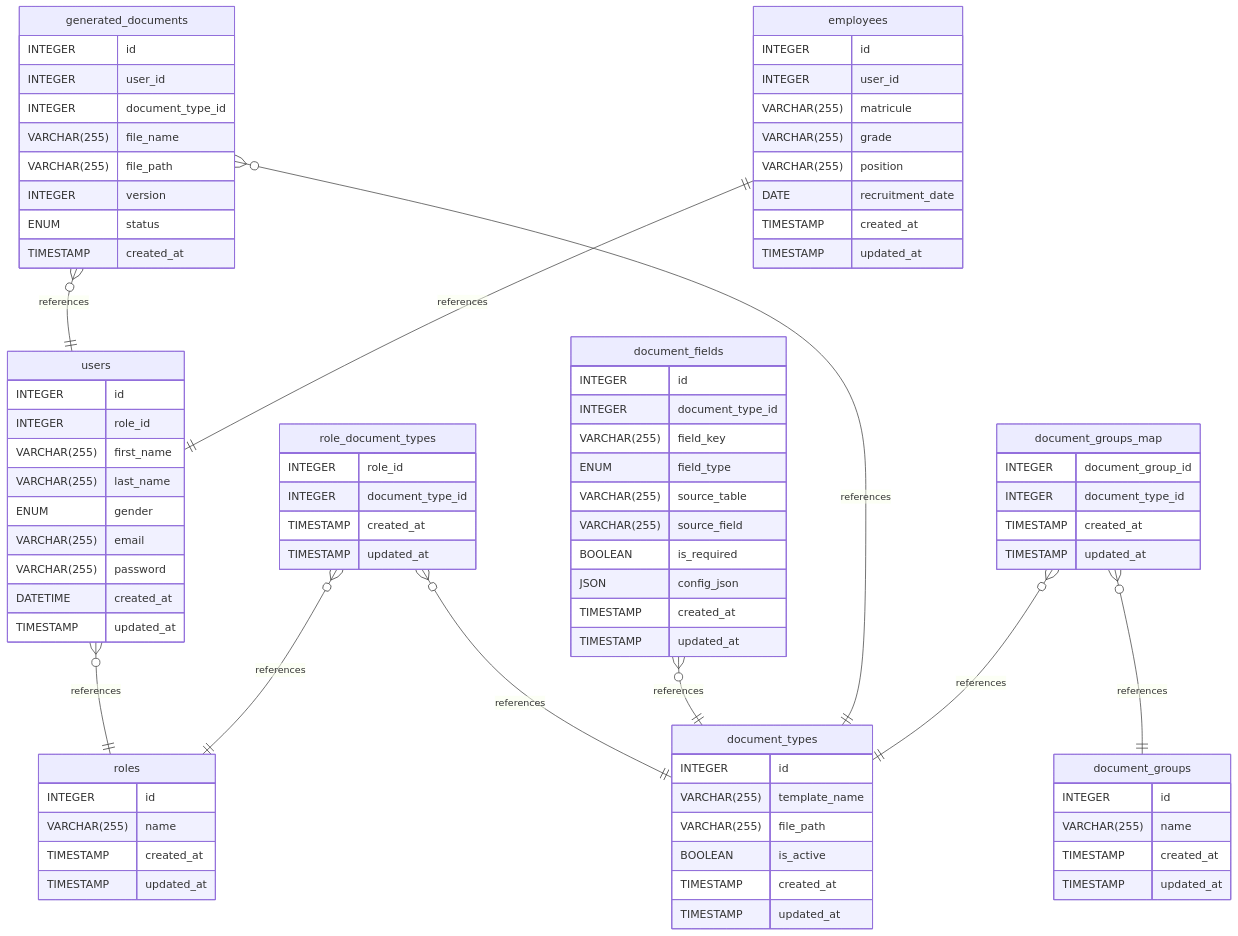
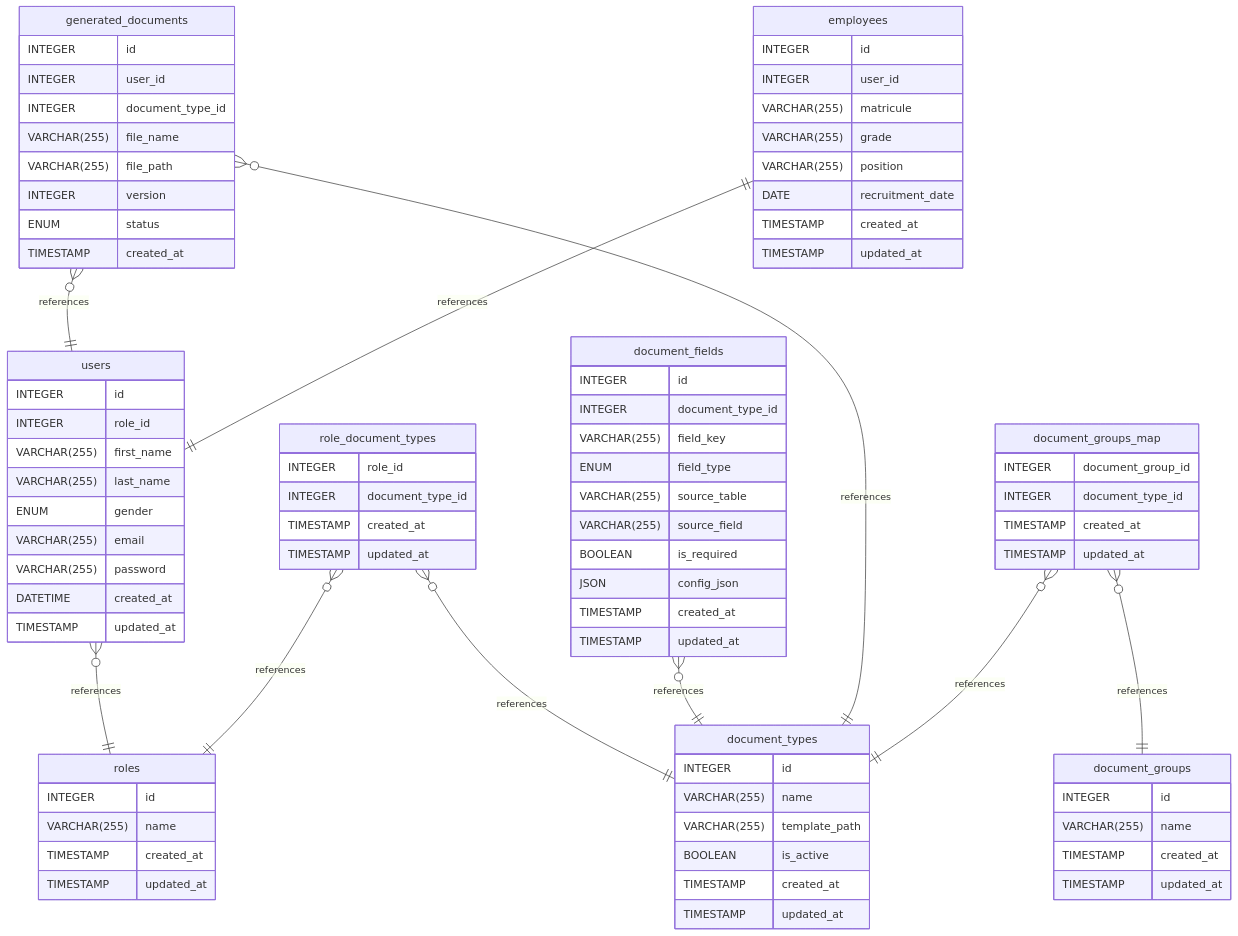
The diagram in backend/database/README.md (nzrrs/CMC-DMS), drawn with Mermaid before and after one commit. The commit also changed other lines of this file, not shown here.

```diff
--- a/backend/database/README.md
+++ b/backend/database/README.md
@@ -292,8 +292,8 @@
 
     document_types {
         INTEGER id
-        VARCHAR(255) template_name
-        VARCHAR(255) file_path
+        VARCHAR(255) name
+        VARCHAR(255) template_path
         BOOLEAN is_active
         TIMESTAMP created_at
         TIMESTAMP updated_at
```
